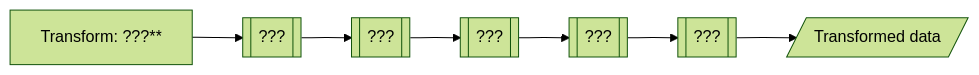
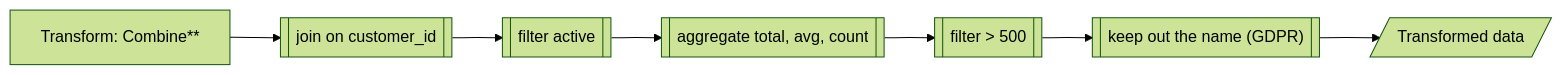
Before and after one commit to sari-3/ETL-and-pipelines: the third of 4 diagrams in etl-activity-3.md, drawn with Mermaid (forest theme). The commit also changed other lines of this file and 2 other files, not shown here.

````diff
--- a/etl-activity-3.md
+++ b/etl-activity-3.md
@@ -56,9 +56,9 @@
 ```mermaid
 flowchart LR
-    A["Transform: ???**"] --> B1[["???"]]
-    B1 --> B2[["???"]]
-    B2 --> B3[["???"]]
-    B3 --> B4[["???"]]
-    B4 --> B5[["???"]]
+    A["Transform: Combine**"] --> B1[["join on customer_id"]]
+    B1 --> B2[["filter active"]]
+    B2 --> B3[["aggregate total, avg, count"]]
+    B3 --> B4[["filter > 500"]]
+    B4 --> B5[["keep out the name (GDPR)"]]
     B5 --> B6[/"Transformed data"/]
 ```
````
